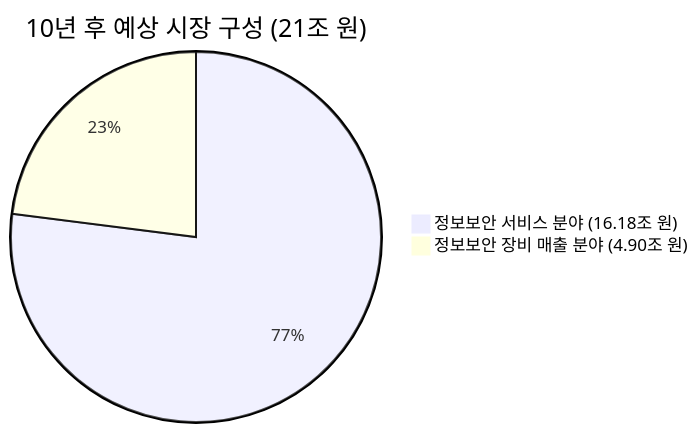
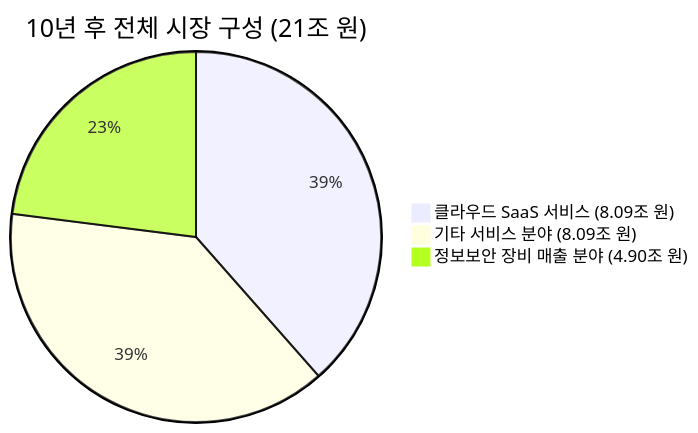
One commit to QubitSecurity/Market changed the fourth of 4 diagrams in kr/forecast.md. Above: the diagram before and after it, drawn with Mermaid. The commit also changed other lines of this file, not shown here.

````diff
--- a/kr/forecast.md
+++ b/kr/forecast.md
@@ -141,5 +145,6 @@
 ```mermaid
-pie title 10년 후 예상 시장 구성 (21조 원)
-    "정보보안 서비스 분야 (16.18조 원)" : 77
+pie title 10년 후 전체 시장 구성 (21조 원)
+    "클라우드 SaaS 서비스 (8.09조 원)" : 38.5
+    "기타 서비스 분야 (8.09조 원)" : 38.5
     "정보보안 장비 매출 분야 (4.90조 원)" : 23
 ```
````
